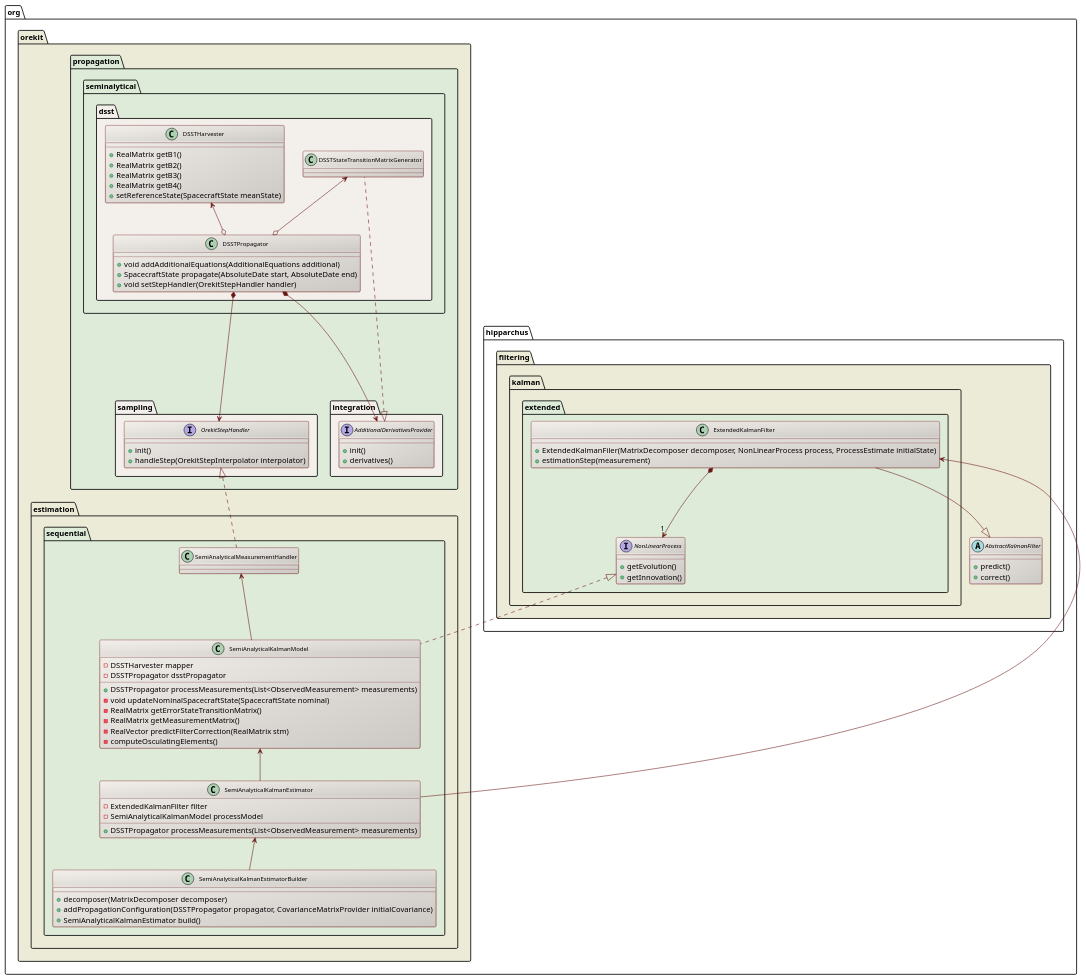
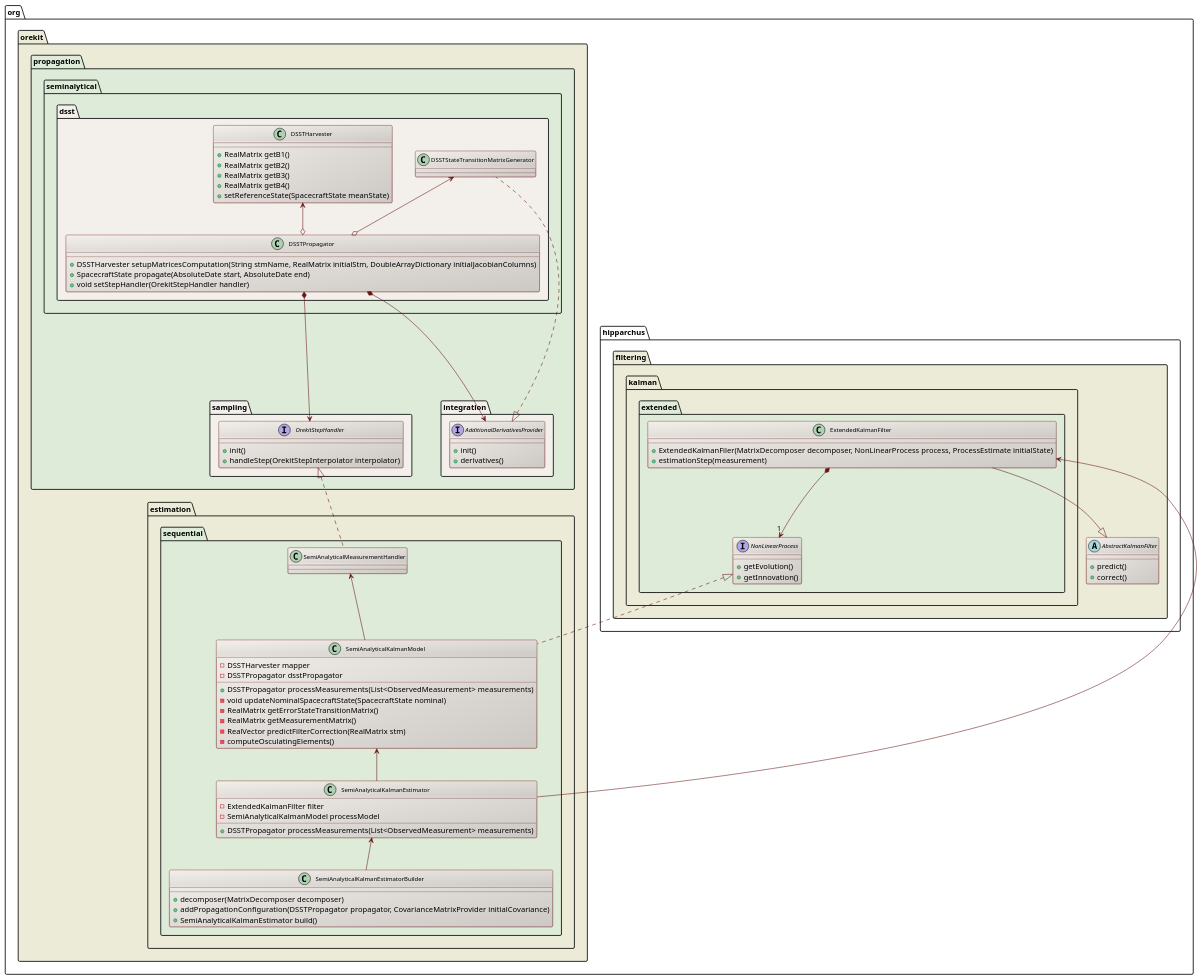
The diagram in src/design/extended-semi-analytical-kalman-filter-diagram.puml (CS-SI/Orekit), drawn with PlantUML before and after one commit. The commit also changed 8 other files, not shown here.

Commit message:
Updated UML diagrams.

```diff
--- a/src/design/extended-semi-analytical-kalman-filter-diagram.puml
+++ b/src/design/extended-semi-analytical-kalman-filter-diagram.puml
@@ -17,122 +17,122 @@
 @startuml
 
   skinparam svek                  true
   skinparam ClassBackgroundColor  #F3EFEB/CCC9C5
   skinparam ClassArrowColor       #691616
   skinparam ClassBorderColor      #691616
   skinparam NoteBackgroundColor   #F3EFEB
   skinparam NoteBorderColor       #691616
   skinparam NoteFontColor         #691616
   skinparam ClassFontSize         11
 
   package org.hipparchus.filtering #ECEBD8 {
 
     abstract AbstractKalmanFilter {
        + predict()
        + correct()
     }
 
     package kalman.extended #DDEBD8 {
 
       interface NonLinearProcess {
         + getEvolution()
         + getInnovation()
       }
       
       class ExtendedKalmanFilter {
         + ExtendedKalmanFiler(MatrixDecomposer decomposer, NonLinearProcess process, ProcessEstimate initialState)
         + estimationStep(measurement)
       }
 
       ExtendedKalmanFilter *-->"1"  NonLinearProcess
 
     }
 
     ExtendedKalmanFilter --|> AbstractKalmanFilter
 
   }
 
   package org.orekit #ECEBD8 {
 
     package propagation #DDEBD8 {
       
       package integration #F3EFEB {
          interface AdditionalDerivativesProvider {
            + init()
            + derivatives()
          }
       }
 
       package sampling #F3EFEB {
          interface OrekitStepHandler {
            + init()
            + handleStep(OrekitStepInterpolator interpolator)
          }
       }
 
       package seminalytical.dsst #F3EFEB {
 
          class DSSTPropagator {
-           + void addAdditionalEquations(AdditionalEquations additional)
+           + DSSTHarvester setupMatricesComputation(String stmName, RealMatrix initialStm, DoubleArrayDictionary initialJacobianColumns)
            + SpacecraftState propagate(AbsoluteDate start, AbsoluteDate end)
            + void setStepHandler(OrekitStepHandler handler)
          }
 
          class DSSTHarvester {
            + RealMatrix getB1()
            + RealMatrix getB2()
            + RealMatrix getB3()
            + RealMatrix getB4()
            + setReferenceState(SpacecraftState meanState)
          }
          
          AdditionalDerivativesProvider <|.. DSSTStateTransitionMatrixGenerator
          DSSTPropagator *-->  AdditionalDerivativesProvider
          DSSTPropagator *-->  OrekitStepHandler
          DSSTHarvester <--o DSSTPropagator
          DSSTStateTransitionMatrixGenerator <--o DSSTPropagator
 
       }
 
     }
 
     package estimation.sequential #DDEBD8 {
 
       class SemiAnalyticalKalmanEstimator {
          - ExtendedKalmanFilter filter
          - SemiAnalyticalKalmanModel processModel
          + DSSTPropagator processMeasurements(List<ObservedMeasurement> measurements)
       }
       
       class SemiAnalyticalKalmanEstimatorBuilder {
         + decomposer(MatrixDecomposer decomposer)
         + addPropagationConfiguration(DSSTPropagator propagator, CovarianceMatrixProvider initialCovariance)
         + SemiAnalyticalKalmanEstimator build()
       }
       
       class SemiAnalyticalKalmanModel {
          - DSSTHarvester mapper
          - DSSTPropagator dsstPropagator
          + DSSTPropagator processMeasurements(List<ObservedMeasurement> measurements)
          - void updateNominalSpacecraftState(SpacecraftState nominal)
          - RealMatrix getErrorStateTransitionMatrix()
          - RealMatrix getMeasurementMatrix()
          - RealVector predictFilterCorrection(RealMatrix stm)
          - computeOsculatingElements()
       }
       
       class SemiAnalyticalMeasurementHandler
 
       OrekitStepHandler <|..  SemiAnalyticalMeasurementHandler
       SemiAnalyticalKalmanEstimator <--   SemiAnalyticalKalmanEstimatorBuilder
       NonLinearProcess <|..  SemiAnalyticalKalmanModel
       SemiAnalyticalKalmanModel <--   SemiAnalyticalKalmanEstimator
       ExtendedKalmanFilter <--   SemiAnalyticalKalmanEstimator
       SemiAnalyticalMeasurementHandler <--   SemiAnalyticalKalmanModel
 
     }
 
   }
 
 
 @enduml
```
